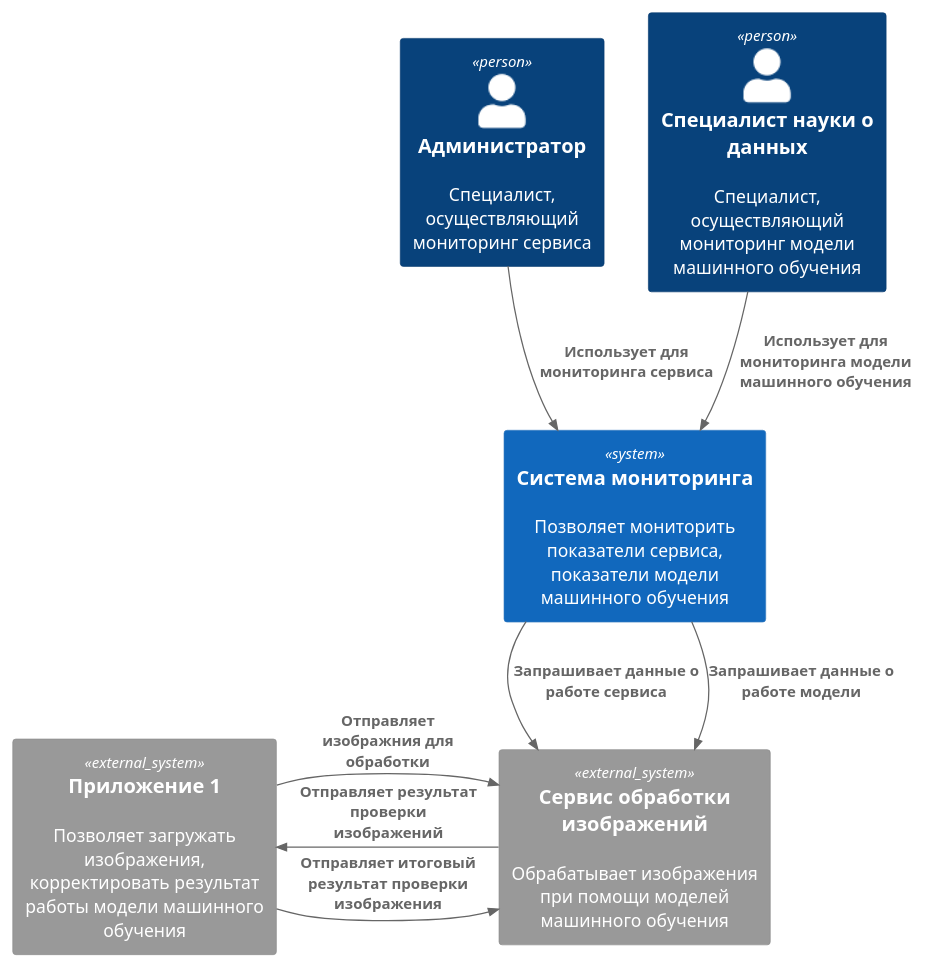
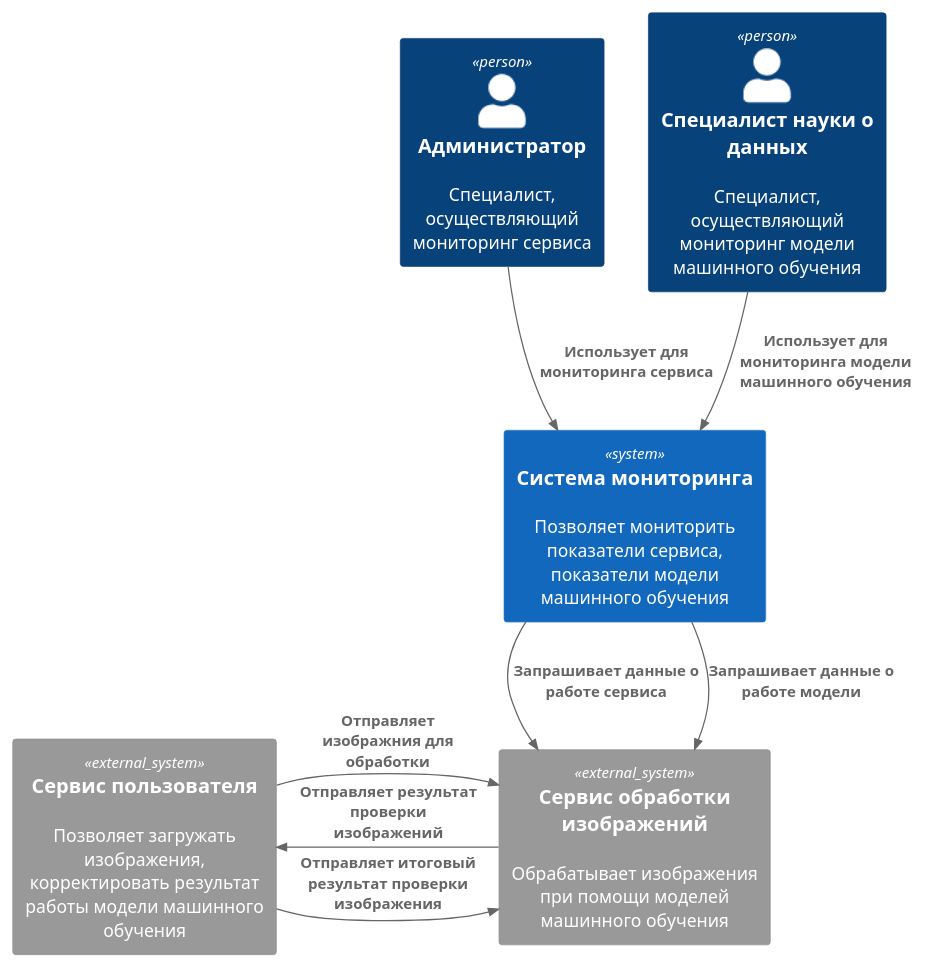
Before and after one commit to Dushenin/monitoring-ml-kafka: the diagram in docs/C4/puml/Context.puml, drawn with PlantUML. The commit also changed 1 other file, not shown here.

```diff
--- a/docs/C4/puml/Context.puml
+++ b/docs/C4/puml/Context.puml
@@ -1,25 +1,25 @@
 @startuml "c4_context_image_service"
 !include ../../libs/C4_Context.puml
 
 ' LAYOUT_WITH_LEGEND()
 
 ' title Контекстная диаграмма системы мониторинга информационно-технологического сервиса обработки изображений
 
 Person(admin, "Администратор", "Специалист, осуществляющий мониторинг сервиса")
 Person(data_scientist, "Специалист науки о данных", "Специалист, осуществляющий мониторинг модели машинного обучения")
 
 System(service_ml_monitoring_system, "Система мониторинга", "Позволяет мониторить показатели сервиса, показатели модели машинного обучения")
 
 System_Ext(ml_service, "Сервис обработки изображений", "Обрабатывает изображения при помощи моделей машинного обучения")
-System_Ext(service_1, "Приложение 1", "Позволяет загружать изображения, корректировать результат работы модели машинного обучения")
+System_Ext(service_1, "Сервис пользователя", "Позволяет загружать изображения, корректировать результат работы модели машинного обучения")
 
 Rel(admin, service_ml_monitoring_system, "Использует для мониторинга сервиса")
 Rel(data_scientist, service_ml_monitoring_system, "Использует для мониторинга модели машинного обучения")
 
 Rel_D(service_ml_monitoring_system, ml_service, "Запрашивает данные о работе сервиса")
 Rel_D(service_ml_monitoring_system, ml_service, "Запрашивает данные о работе модели")
 
 Rel_Neighbor(service_1, ml_service, "Отправляет изображния для обработки")
 Rel_Neighbor(ml_service, service_1, "Отправляет результат проверки изображений")
 Rel_Neighbor(service_1, ml_service, "Отправляет итоговый результат проверки изображения")
 @enduml
```
